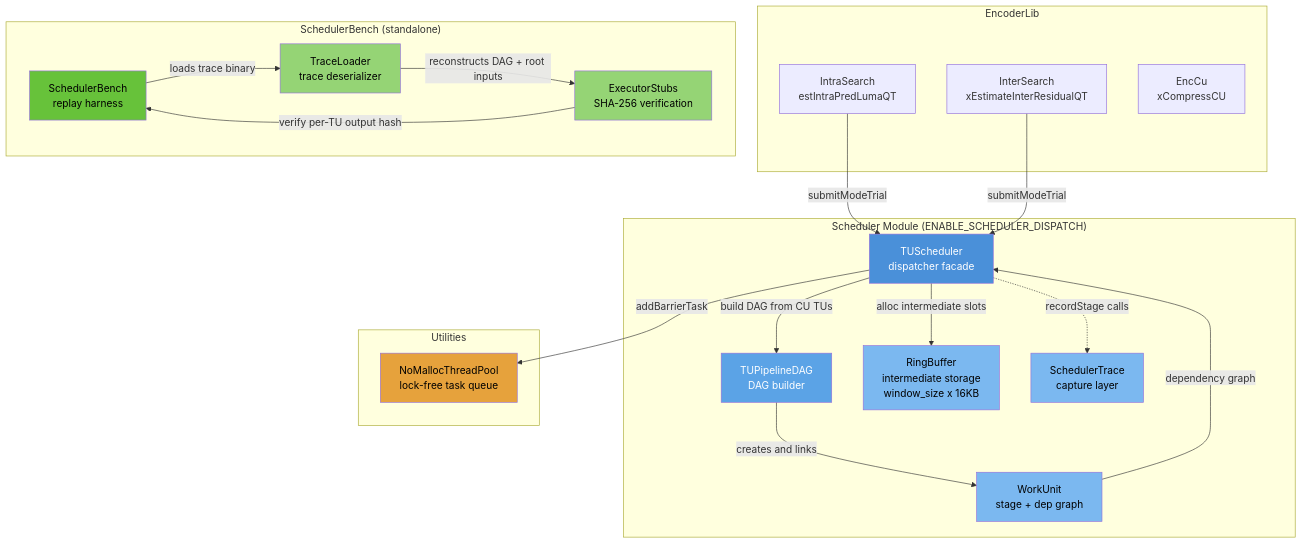
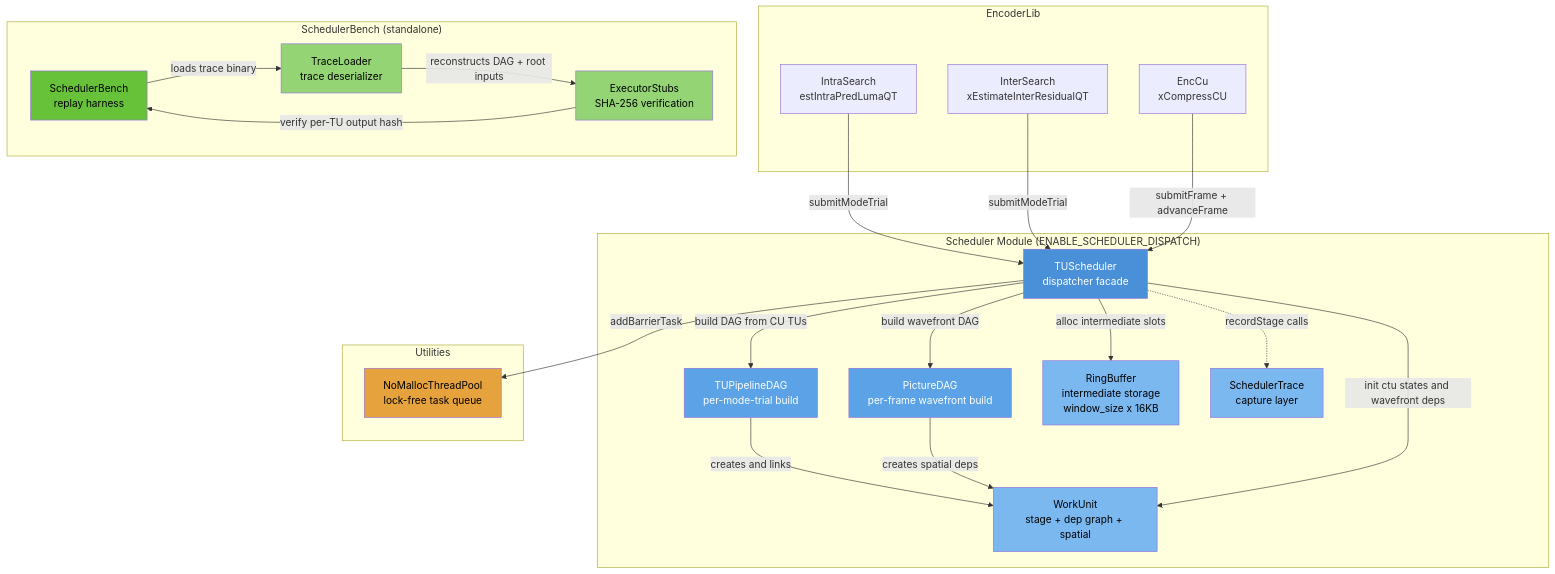
The first of 3 diagrams in source/Lib/Scheduler/Scheduler.spec.md (opensassi/deepenc), drawn with Mermaid before and after one commit. The commit also changed other lines of this file and 5 other files, not shown here.

First line of the commit message:
spec: add PictureDAG wavefront layer for frame-level CTU dispatch

````diff
--- a/source/Lib/Scheduler/Scheduler.spec.md
+++ b/source/Lib/Scheduler/Scheduler.spec.md
@@ -30,49 +31,54 @@
 ```mermaid
 graph TB
     subgraph EncoderLib_Modules["EncoderLib"]
         IS[IntraSearch<br/>estIntraPredLumaQT]
         IES[InterSearch<br/>xEstimateInterResidualQT]
         EC[EncCu<br/>xCompressCU]
     end
 
     subgraph Scheduler_Module["Scheduler Module (ENABLE_SCHEDULER_DISPATCH)"]
         TUSched["TUScheduler<br/>dispatcher facade"]
-        DAG["TUPipelineDAG<br/>DAG builder"]
+        DAG["TUPipelineDAG<br/>per-mode-trial build"]
+        PDAG["PictureDAG<br/>per-frame wavefront build"]
         RB["RingBuffer<br/>intermediate storage<br/>window_size x 16KB"]
-        WU["WorkUnit<br/>stage + dep graph"]
+        WU["WorkUnit<br/>stage + dep graph + spatial"]
         ST["SchedulerTrace<br/>capture layer"]
     end
 
     subgraph Utilities_Module["Utilities"]
         TP["NoMallocThreadPool<br/>lock-free task queue"]
     end
 
     subgraph Scheduler_Bench["SchedulerBench (standalone)"]
         SB["SchedulerBench<br/>replay harness"]
         TL["TraceLoader<br/>trace deserializer"]
         ES["ExecutorStubs<br/>SHA-256 verification"]
     end
 
     IS -->|submitModeTrial| TUSched
     IES -->|submitModeTrial| TUSched
+    EC -->|submitFrame + advanceFrame| TUSched
     TUSched -->|build DAG from CU TUs| DAG
+    TUSched -->|build wavefront DAG| PDAG
     TUSched -->|alloc intermediate slots| RB
     TUSched -->|addBarrierTask| TP
     DAG -->|creates and links| WU
-    WU -->|dependency graph| TUSched
+    PDAG -->|creates spatial deps| WU
+    TUSched -->|init ctu states and wavefront deps| WU
     TUSched -.->|recordStage calls| ST
 
     SB -->|loads trace binary| TL
     TL -->|reconstructs DAG + root inputs| ES
     ES -->|verify per-TU output hash| SB
 
     style TUSched fill:#4a90d9,color:#fff
     style DAG fill:#5ba3e6,color:#fff
+    style PDAG fill:#5ba3e6,color:#fff
     style RB fill:#7bb8f0,color:#000
     style WU fill:#7bb8f0,color:#000
     style ST fill:#7bb8f0,color:#000
     style TP fill:#e6a23c,color:#000
     style SB fill:#67c23a,color:#000
     style TL fill:#95d475,color:#000
     style ES fill:#95d475,color:#000
 ```
````
